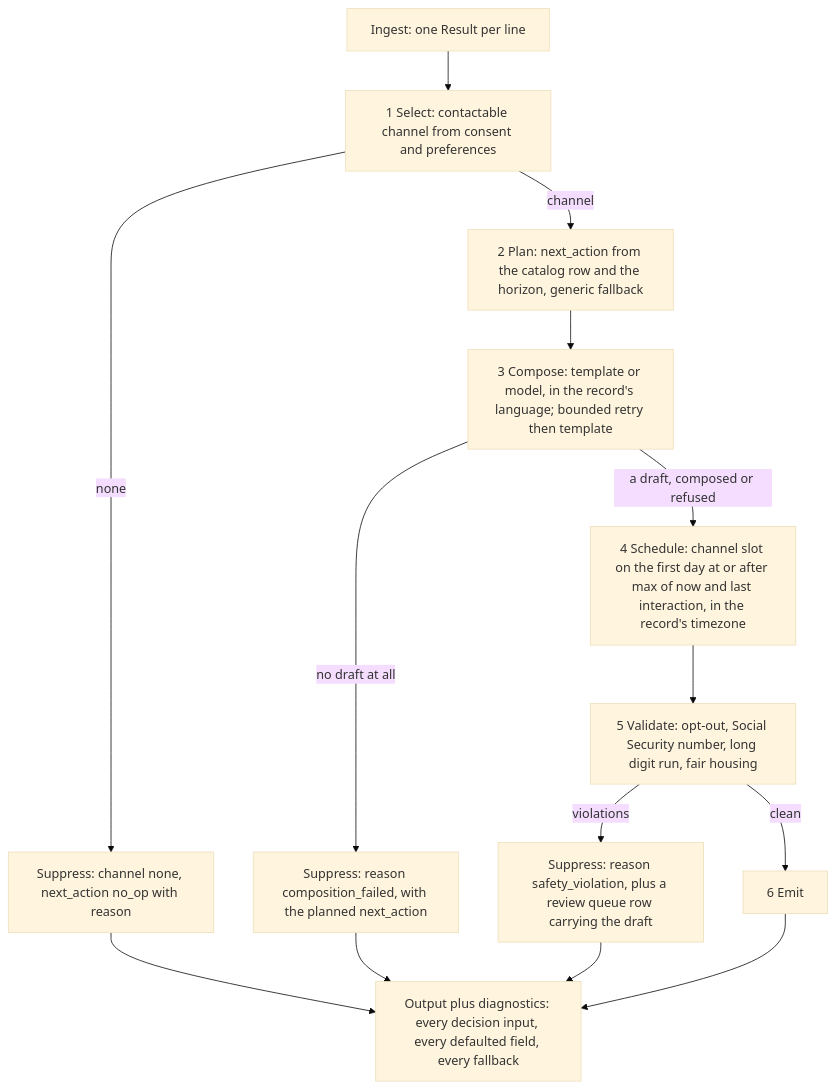
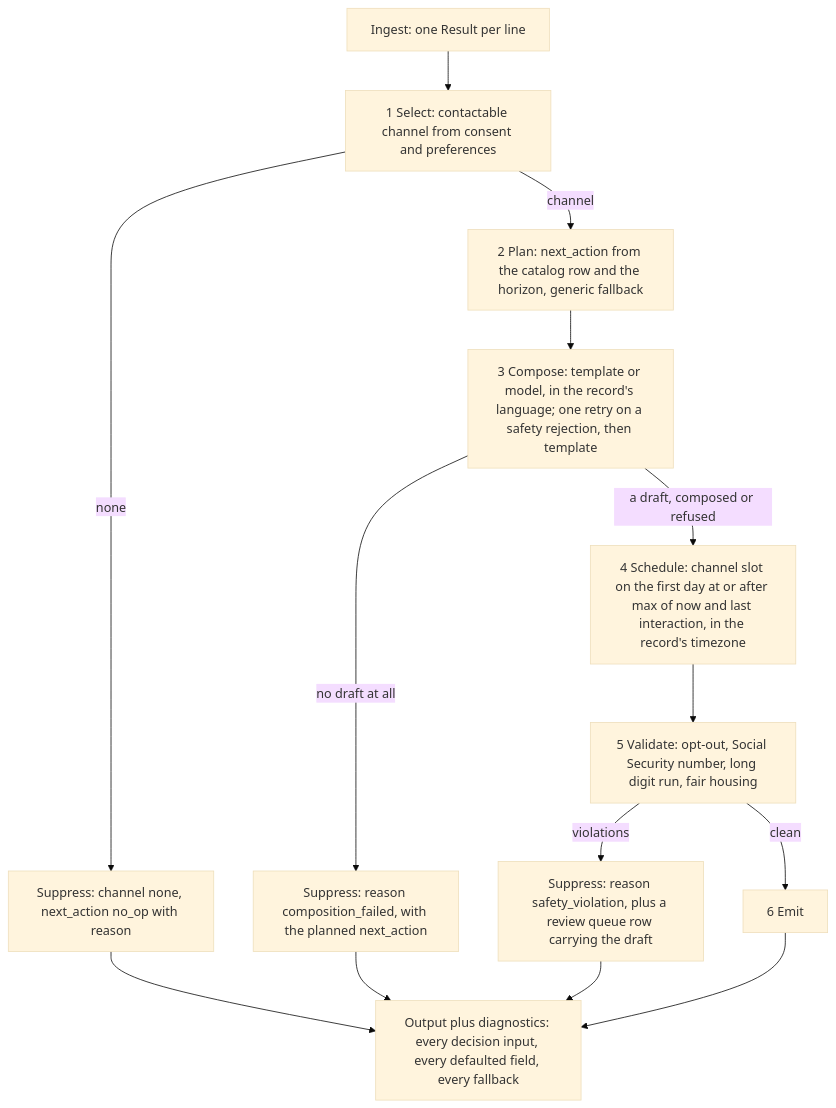
Before and after one commit to AndrewVanDelden/RealPagesInterview: the diagram in README.md, drawn with Mermaid (base theme). The commit also changed other lines of this file and 11 other files, not shown here.

````diff
--- a/README.md
+++ b/README.md
@@ -24,16 +24,16 @@
 ```mermaid
 flowchart TD
     A[Ingest: one Result per line] --> B[1 Select: contactable channel from consent and preferences]
     B -- none --> S[Suppress: channel none, next_action no_op with reason]
     B -- channel --> C[2 Plan: next_action from the catalog row and the horizon, generic fallback]
-    C --> D[3 Compose: template or model, in the record's language; bounded retry then template]
+    C --> D[3 Compose: template or model, in the record's language; one retry on a safety rejection, then template]
     D -- no draft at all --> S2[Suppress: reason composition_failed, with the planned next_action]
     D -- a draft, composed or refused --> E[4 Schedule: channel slot on the first day at or after max of now and last interaction, in the record's timezone]
     E --> F[5 Validate: opt-out, Social Security number, long digit run, fair housing]
     F -- violations --> S3[Suppress: reason safety_violation, plus a review queue row carrying the draft]
     F -- clean --> G[6 Emit]
     S --> H[Output plus diagnostics: every decision input, every defaulted field, every fallback]
     S2 --> H
     S3 --> H
     G --> H
 ```
````
